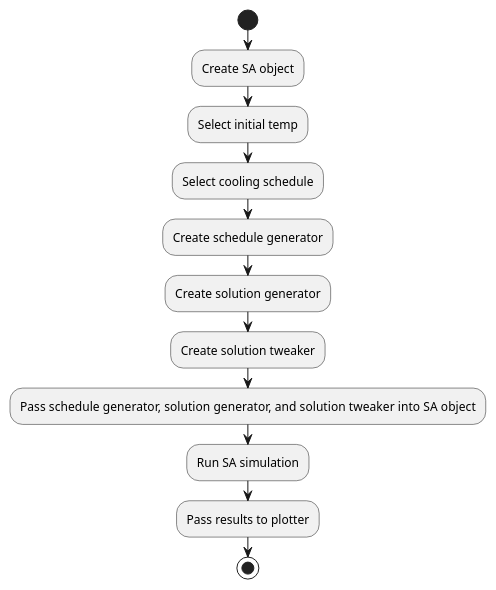
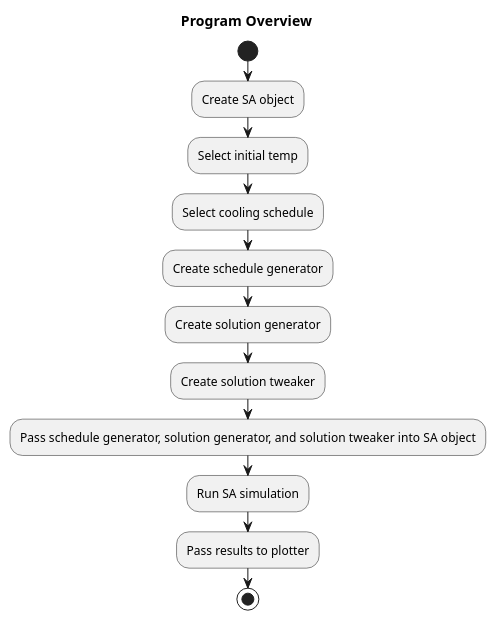
The diagram in uml/program_overview.puml (alexb7711/sa-pap), drawn with PlantUML before and after one commit. The commit also changed 6 other files, not shown here.

```diff
--- a/uml/program_overview.puml
+++ b/uml/program_overview.puml
@@ -1,15 +1,17 @@
 @startuml
+
+title Program Overview
 
 start
 :Create SA object;
 :Select initial temp;
 :Select cooling schedule;
 :Create schedule generator;
 :Create solution generator;
 :Create solution tweaker;
 :Pass schedule generator, solution generator, and solution tweaker into SA object;
 :Run SA simulation;
 :Pass results to plotter;
 stop
 
 @enduml
```
